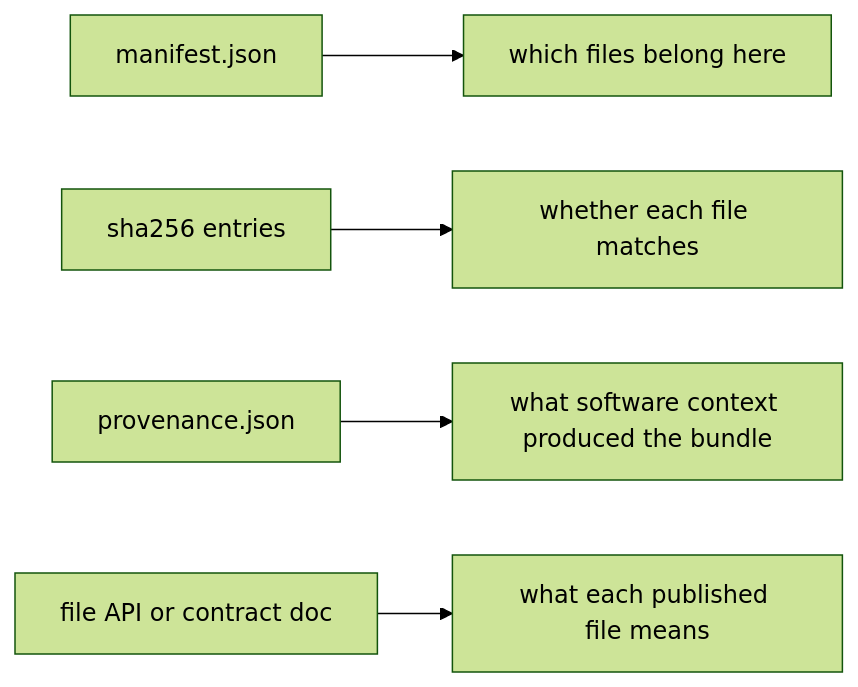
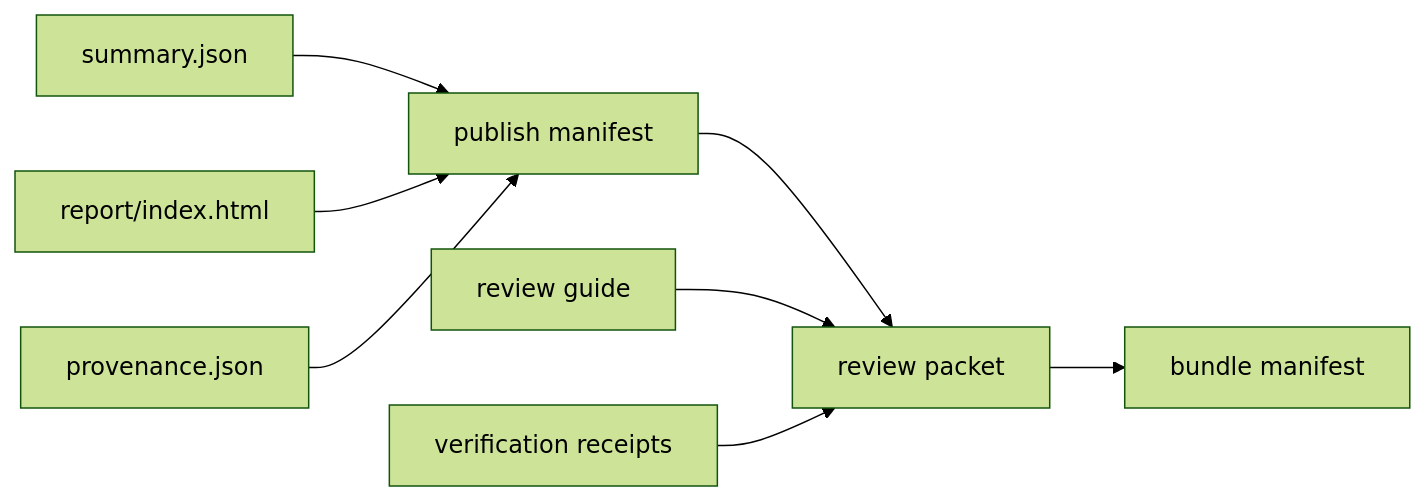
One commit to bijux/bijux-masterclass changed the second of 2 diagrams in programs/reproducible-research/deep-dive-snakemake/course-book/module-06-publishing-downstream-contracts/manifests-checksums-and-bundle-integrity.md. Above: the diagram before and after it, drawn with Mermaid (forest theme). The commit also changed other lines of this file, not shown here.

Commit message:
docs(snakemake): separate bundle integrity from meaning

````diff
--- a/programs/reproducible-research/deep-dive-snakemake/course-book/module-06-publishing-downstream-contracts/manifests-checksums-and-bundle-integrity.md
+++ b/programs/reproducible-research/deep-dive-snakemake/course-book/module-06-publishing-downstream-contracts/manifests-checksums-and-bundle-integrity.md
@@ -151,7 +120,10 @@
 ```mermaid
 flowchart LR
-  manifest["manifest.json"] --> inventory["which files belong here"]
-  checksums["sha256 entries"] --> identity["whether each file matches"]
-  provenance["provenance.json"] --> context["what software context produced the bundle"]
-  file_api["file API or contract doc"] --> meaning["what each published file means"]
+  summary["summary.json"] --> inner["publish manifest"]
+  report["report/index.html"] --> inner
+  provenance["provenance.json"] --> inner
+  inner --> packet["review packet"]
+  guide["review guide"] --> packet
+  receipts["verification receipts"] --> packet
+  packet --> outer["bundle manifest"]
 ```
````
